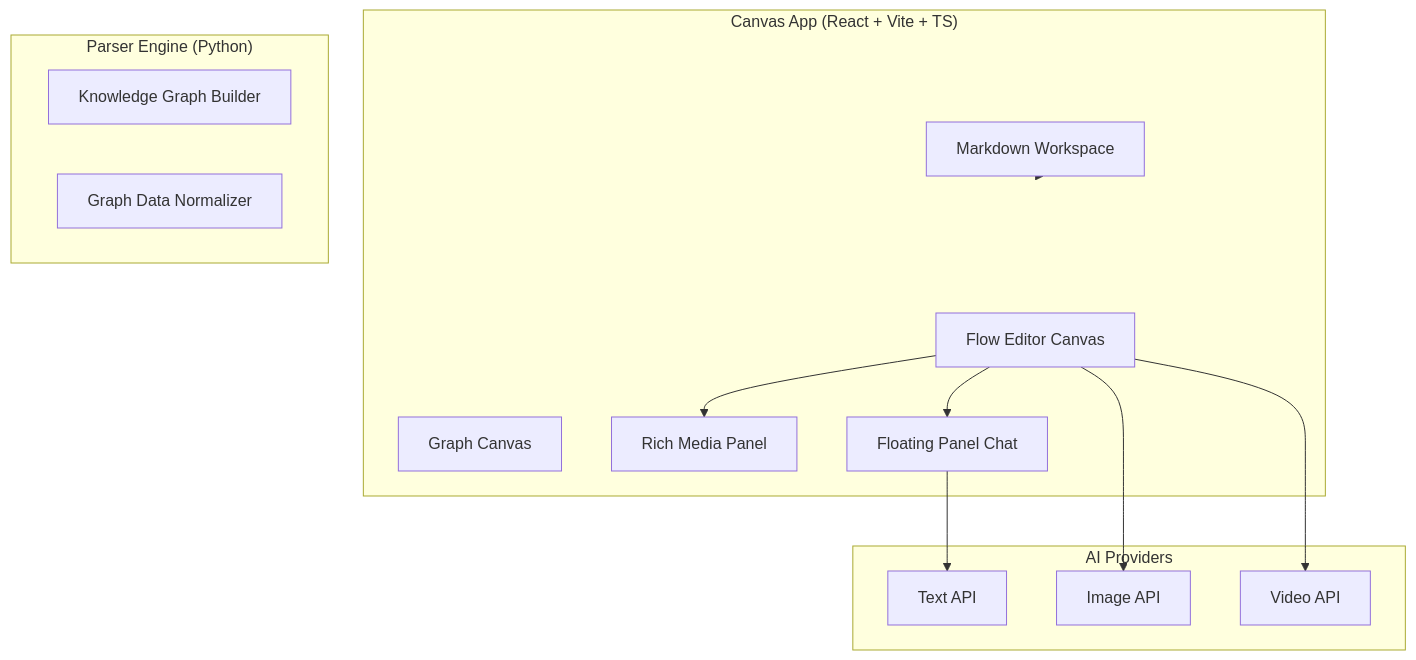
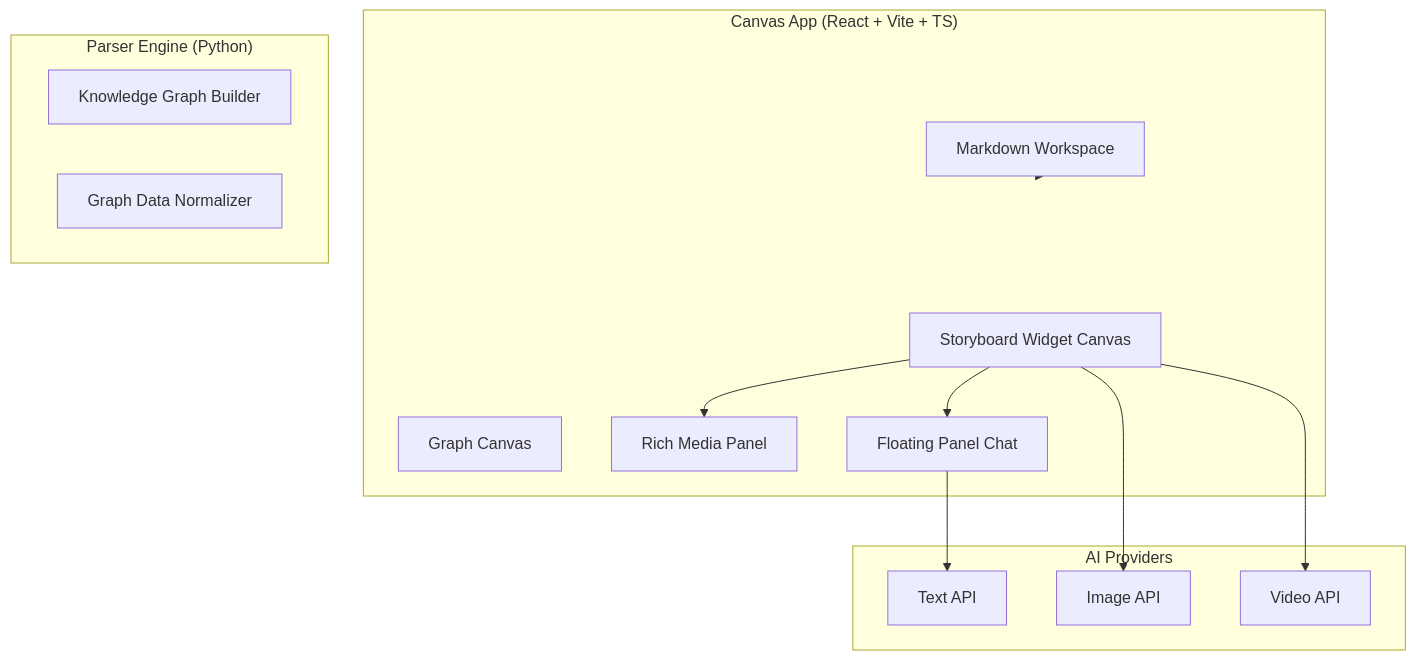
One commit to huijoohwee/knowgrph changed the second of 3 diagrams in docs/documents/knowgrph-pitchdeck.md. Above: the diagram before and after it, drawn with Mermaid. The commit also changed other lines of this file and 959 other files, not shown here.

Commit message:
feat: ship storyboard widget runtime

````diff
--- a/docs/documents/knowgrph-pitchdeck.md
+++ b/docs/documents/knowgrph-pitchdeck.md
@@ -269,24 +269,24 @@
 ```mermaid
 flowchart TB
   subgraph Frontend ["Canvas App (React + Vite + TS)"]
-    FC[Flow Editor Canvas]
+    FC[Storyboard Widget Canvas]
     GC[Graph Canvas]
     MC[Markdown Workspace]
     RMP[Rich Media Panel]
     SP[Floating Panel Chat]
   end
   subgraph AI ["AI Providers"]
     BPChat[Text API]
     BPImg[Image API]
     BPVid[Video API]
   end
   subgraph Backend ["Parser Engine (Python)"]
     KB[Knowledge Graph Builder]
     GP[Graph Data Normalizer]
   end
   FC --> SP --> BPChat
   FC --> BPImg
   FC --> BPVid
   FC --> RMP
   MC --> Frontend
 ```
````
